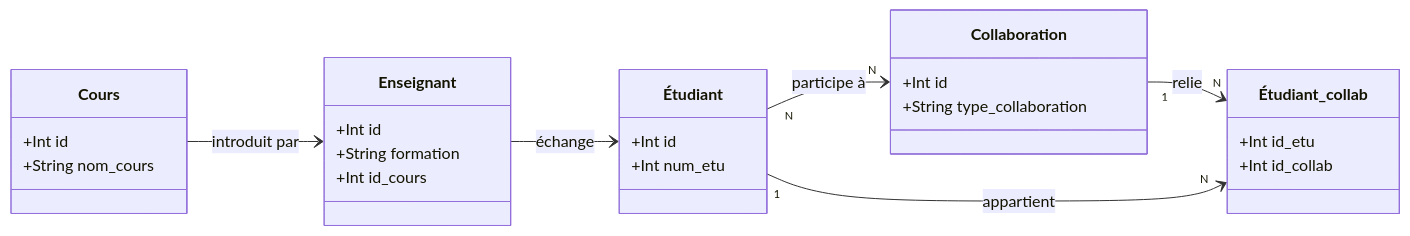
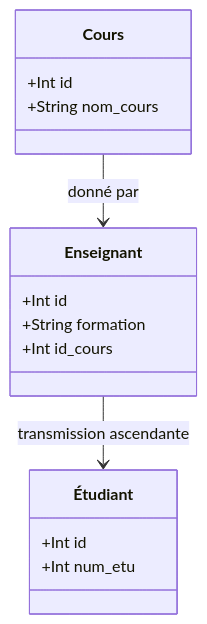
One commit to lmimouni-rim/EDUCATION changed the diagram in class.md. Above: the diagram before and after it, drawn with Mermaid.

````diff
--- a/class.md
+++ b/class.md
@@ -1,34 +1,23 @@
 ```mermaid
 
 classDiagram
-direction LR
+
     
     class Étudiant
     Étudiant : +Int id
     Étudiant : +Int num_etu
 
     class Enseignant 
     Enseignant : +Int id
     Enseignant : +String formation 
     Enseignant : +Int id_cours
 
     class Cours
     Cours : +Int id
     Cours : +String nom_cours
 
 
-    class Collaboration 
-    Collaboration : +Int id
-    Collaboration : +String type_collaboration
-
-    class Étudiant_collab
-    Étudiant_collab : +Int id_etu
-    Étudiant_collab : +Int id_collab
-
-    Cours --> Enseignant : introduit par 
-    Enseignant --> Étudiant : échange
-    Étudiant "N" --> "N" Collaboration : participe à
-    Collaboration "1" --> "N" Étudiant_collab : relie
-    Étudiant "1" --> "N" Étudiant_collab : appartient
+    Cours --> Enseignant : donné par
+    Enseignant --> Étudiant : transmission ascendante
 
 ```
````
